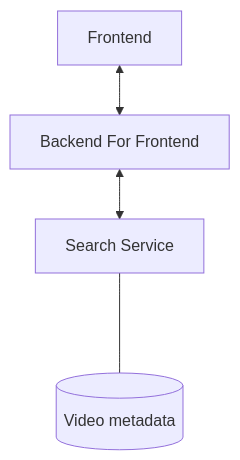
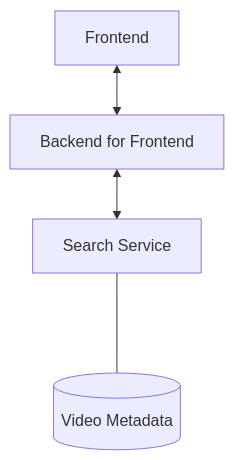
One commit to kevthunder/Vention-system-design-assessment changed the eighth of 12 diagrams in docs/README.md. Above: the diagram before and after it, drawn with Mermaid. The commit also changed other lines of this file and 1 other file, not shown here.

````diff
--- a/docs/README.md
+++ b/docs/README.md
@@ -211,11 +216,11 @@
 ```mermaid
 flowchart TD
     Frontend[Frontend]
-    BFF[Backend For Frontend]
+    BFF[Backend for Frontend]
     Frontend <--> BFF
 
     Search[Search Service]
-    VideoDB[(Video metadata)]
+    VideoDb[(Video Metadata)]
     BFF <--> Search
-    Search ---- VideoDB
+    Search ---- VideoDb
 ```
````
